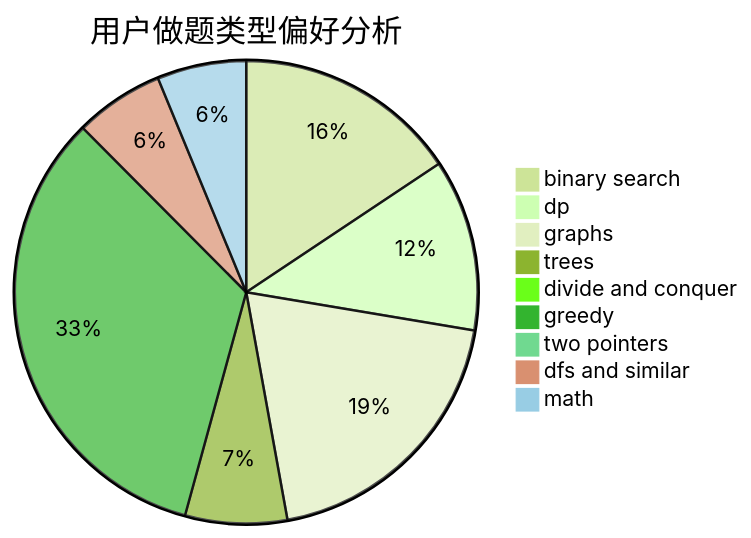
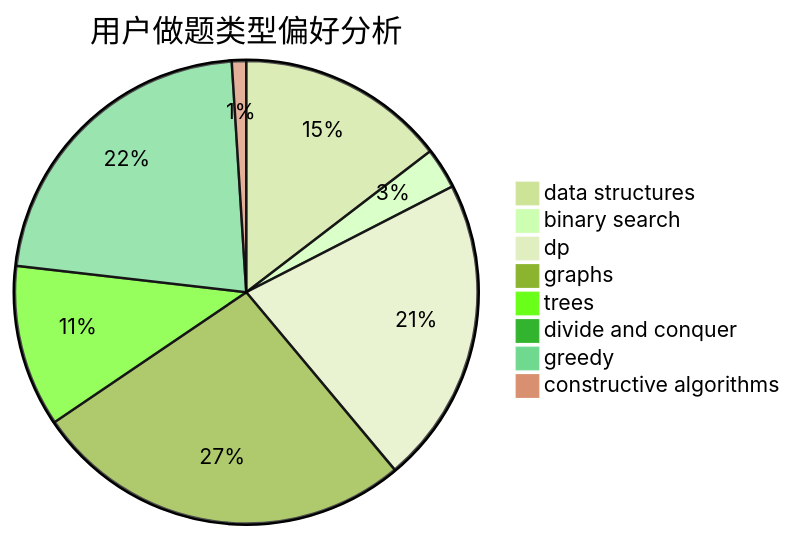
The second of 3 diagrams in docs/user/u824.md (sherpahu/cfrs.github.io), drawn with Mermaid (forest theme) before and after one commit. The commit also changed other lines of this file and 2775 other files, not shown here.

````diff
--- a/docs/user/u824.md
+++ b/docs/user/u824.md
@@ -23,12 +23,11 @@
 ```mermaid
 pie title 用户做题类型偏好分析
-    "binary search" :  211
-    "dp" :  162
-    "graphs" :  263
-    "trees" :  96
+    "data structures" :  102
+    "binary search" :  20
+    "dp" :  150
+    "graphs" :  186
+    "trees" :  79
     "divide and conquer" :  0
-    "greedy" :  449
-    "two pointers" :  0
-    "dfs and similar" :  84
-    "math" :  84
+    "greedy" :  155
+    "constructive algorithms" :  7
 ```
````
